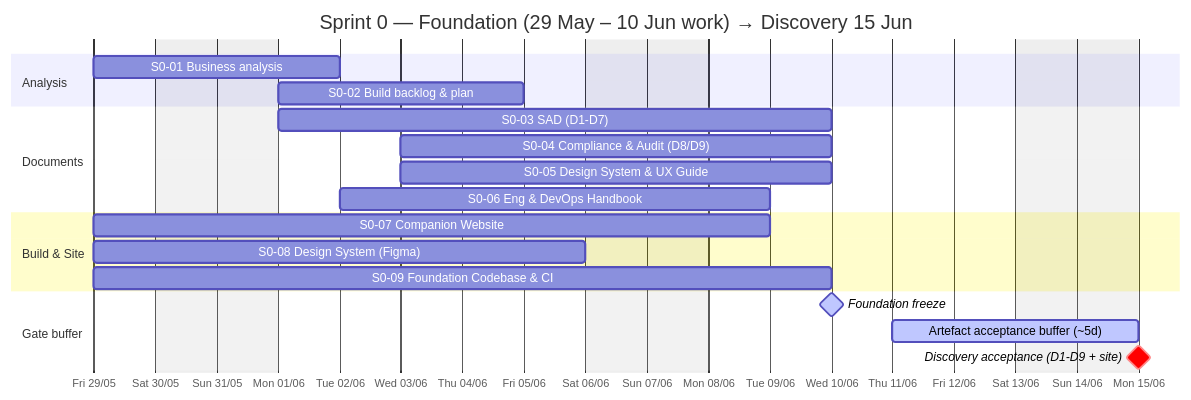
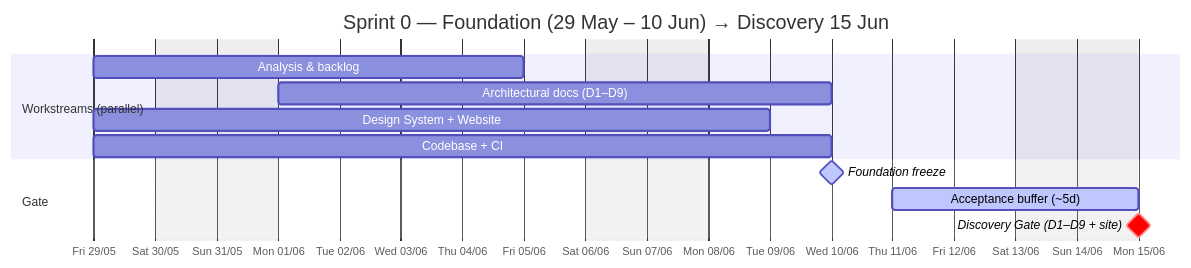
One commit to giakhanh22024558/Trackaroo-Cheat-Sheat changed the second of 13 diagrams in docs/planning.md. Above: the diagram before and after it, drawn with Mermaid. The commit also changed other lines of this file, not shown here.

First line of the commit message:
planning: add Deliverable Checklist to every sprint + slim Sprint 0 to high-level

````diff
--- a/docs/planning.md
+++ b/docs/planning.md
@@ -104,24 +124,17 @@
 ```mermaid
 gantt
-    title Sprint 0 — Foundation (29 May – 10 Jun work) → Discovery 15 Jun
+    title Sprint 0 — Foundation (29 May – 10 Jun) → Discovery 15 Jun
     dateFormat YYYY-MM-DD
     axisFormat %a %d/%m
     tickInterval 1day
     excludes weekends
-    section Analysis
-    S0-01 Business analysis            :2026-05-29, 2026-06-02
-    S0-02 Build backlog & plan         :2026-06-01, 2026-06-05
-    section Documents
-    S0-03 SAD (D1-D7)                  :2026-06-01, 2026-06-10
-    S0-04 Compliance & Audit (D8/D9)   :2026-06-03, 2026-06-10
-    S0-05 Design System & UX Guide     :2026-06-03, 2026-06-10
-    S0-06 Eng & DevOps Handbook        :2026-06-02, 2026-06-09
-    section Build & Site
-    S0-07 Companion Website            :2026-05-29, 2026-06-09
-    S0-08 Design System (Figma)        :2026-05-29, 2026-06-06
-    S0-09 Foundation Codebase & CI     :2026-05-29, 2026-06-10
-    section Gate buffer
-    Foundation freeze                  :milestone, active, 2026-06-10, 0d
-    Artefact acceptance buffer (~5d)   :active, 2026-06-11, 2026-06-15
-    Discovery acceptance (D1-D9 + site) :milestone, crit, 2026-06-15, 0d
+    section Workstreams (parallel)
+    Analysis & backlog              :2026-05-29, 2026-06-05
+    Architectural docs (D1–D9)      :2026-06-01, 2026-06-10
+    Design System + Website         :2026-05-29, 2026-06-09
+    Codebase + CI                   :2026-05-29, 2026-06-10
+    section Gate
+    Foundation freeze               :milestone, active, 2026-06-10, 0d
+    Acceptance buffer (~5d)         :active, 2026-06-11, 2026-06-15
+    Discovery Gate (D1–D9 + site)   :milestone, crit, 2026-06-15, 0d
 ```
````
